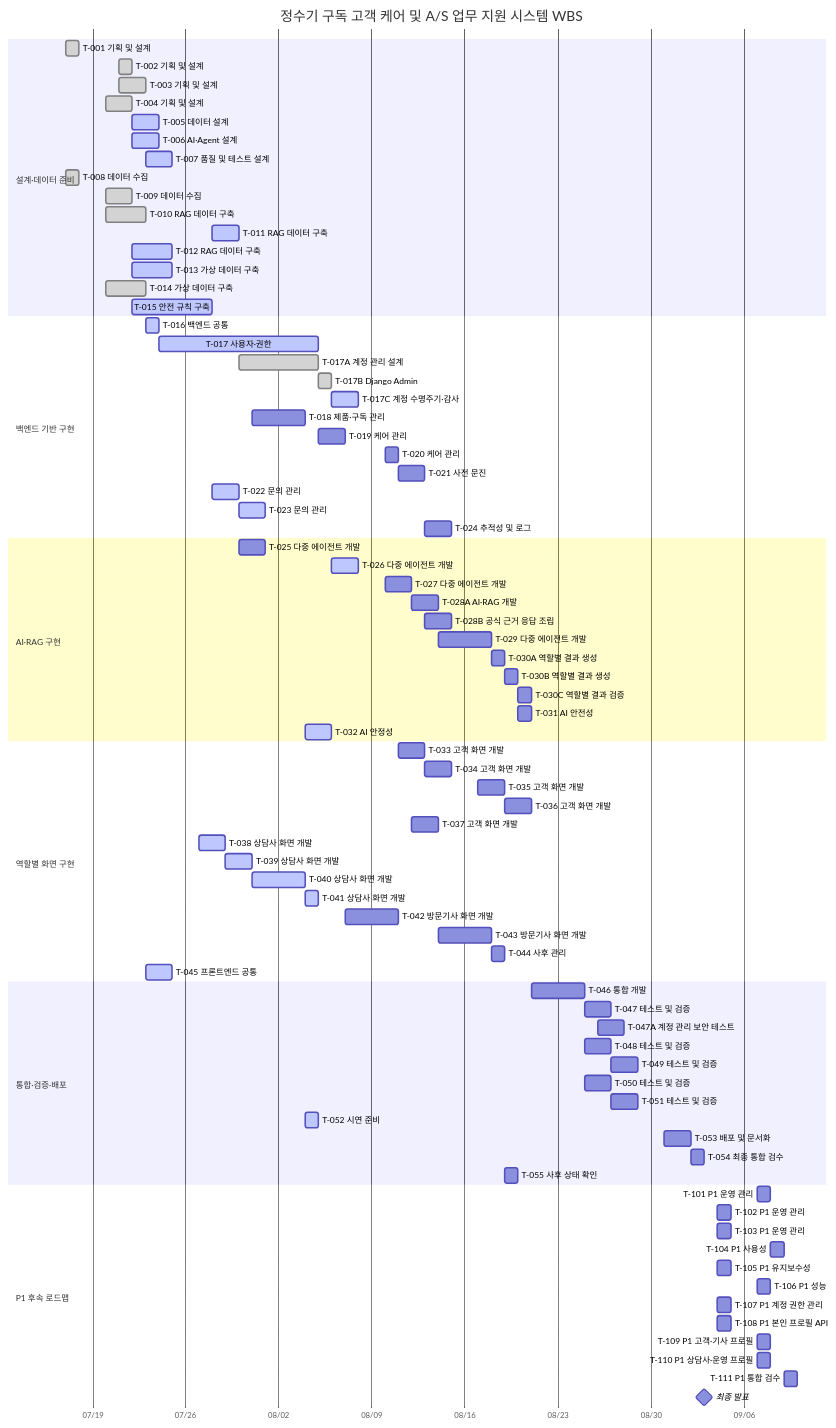
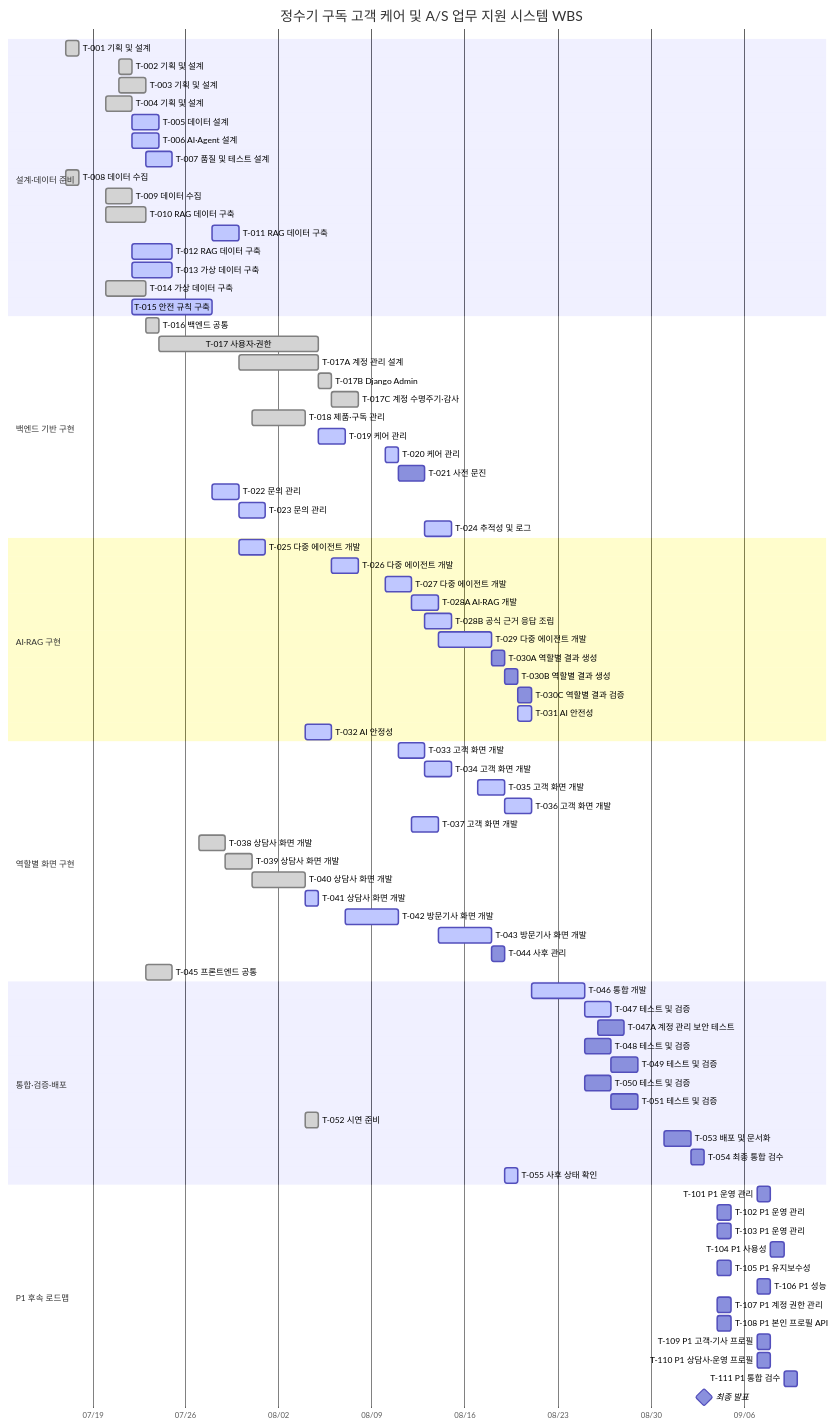
Before and after one commit to SKNETWORKS-FAMILY-AICAMP/SKN29-FINAL-4TEAM: the diagram in docs/planning/md/WBS.md, drawn with Mermaid. The commit also changed other lines of this file and 8 other files, not shown here.

```diff
--- a/docs/planning/md/WBS.md
+++ b/docs/planning/md/WBS.md
@@ -266,56 +282,56 @@
     T-014 가상 데이터 구축 :done, T014, 2026-07-20, 3d
     T-015 안전 규칙 구축 :active, T015, 2026-07-22, 6d
     section 백엔드 기반 구현
-    T-016 백엔드 공통 :active, T016, 2026-07-23, 1d
-    T-017 사용자·권한 :active, T017, 2026-07-24, 12d
+    T-016 백엔드 공통 :done, T016, 2026-07-23, 1d
+    T-017 사용자·권한 :done, T017, 2026-07-24, 12d
     T-017A 계정 관리 설계 :done, T017A, 2026-07-30, 6d
     T-017B Django Admin :done, T017B, 2026-08-05, 1d
-    T-017C 계정 수명주기·감사 :active, T017C, 2026-08-06, 2d
-    T-018 제품·구독 관리 :T018, 2026-07-31, 4d
-    T-019 케어 관리 :T019, 2026-08-05, 2d
-    T-020 케어 관리 :T020, 2026-08-10, 1d
+    T-017C 계정 수명주기·감사 :done, T017C, 2026-08-06, 2d
+    T-018 제품·구독 관리 :done, T018, 2026-07-31, 4d
+    T-019 케어 관리 :active, T019, 2026-08-05, 2d
+    T-020 케어 관리 :active, T020, 2026-08-10, 1d
     T-021 사전 문진 :T021, 2026-08-11, 2d
     T-022 문의 관리 :active, T022, 2026-07-28, 2d
     T-023 문의 관리 :active, T023, 2026-07-30, 2d
-    T-024 추적성 및 로그 :T024, 2026-08-13, 2d
+    T-024 추적성 및 로그 :active, T024, 2026-08-13, 2d
     section AI·RAG 구현
-    T-025 다중 에이전트 개발 :T025, 2026-07-30, 2d
+    T-025 다중 에이전트 개발 :active, T025, 2026-07-30, 2d
     T-026 다중 에이전트 개발 :active, T026, 2026-08-06, 2d
-    T-027 다중 에이전트 개발 :T027, 2026-08-10, 2d
-    T-028A AI·RAG 개발 :T028A, 2026-08-12, 2d
-    T-028B 공식 근거 응답 조립 :T028B, 2026-08-13, 2d
-    T-029 다중 에이전트 개발 :T029, 2026-08-14, 4d
+    T-027 다중 에이전트 개발 :active, T027, 2026-08-10, 2d
+    T-028A AI·RAG 개발 :active, T028A, 2026-08-12, 2d
+    T-028B 공식 근거 응답 조립 :active, T028B, 2026-08-13, 2d
+    T-029 다중 에이전트 개발 :active, T029, 2026-08-14, 4d
     T-030A 역할별 결과 생성 :T030A, 2026-08-18, 1d
     T-030B 역할별 결과 생성 :T030B, 2026-08-19, 1d
     T-030C 역할별 결과 검증 :T030C, 2026-08-20, 1d
-    T-031 AI 안전성 :T031, 2026-08-20, 1d
+    T-031 AI 안전성 :active, T031, 2026-08-20, 1d
     T-032 AI 안정성 :active, T032, 2026-08-04, 2d
     section 역할별 화면 구현
-    T-033 고객 화면 개발 :T033, 2026-08-11, 2d
-    T-034 고객 화면 개발 :T034, 2026-08-13, 2d
-    T-035 고객 화면 개발 :T035, 2026-08-17, 2d
-    T-036 고객 화면 개발 :T036, 2026-08-19, 2d
-    T-037 고객 화면 개발 :T037, 2026-08-12, 2d
-    T-038 상담사 화면 개발 :active, T038, 2026-07-27, 2d
-    T-039 상담사 화면 개발 :active, T039, 2026-07-29, 2d
-    T-040 상담사 화면 개발 :active, T040, 2026-07-31, 4d
+    T-033 고객 화면 개발 :active, T033, 2026-08-11, 2d
+    T-034 고객 화면 개발 :active, T034, 2026-08-13, 2d
+    T-035 고객 화면 개발 :active, T035, 2026-08-17, 2d
+    T-036 고객 화면 개발 :active, T036, 2026-08-19, 2d
+    T-037 고객 화면 개발 :active, T037, 2026-08-12, 2d
+    T-038 상담사 화면 개발 :done, T038, 2026-07-27, 2d
+    T-039 상담사 화면 개발 :done, T039, 2026-07-29, 2d
+    T-040 상담사 화면 개발 :done, T040, 2026-07-31, 4d
     T-041 상담사 화면 개발 :active, T041, 2026-08-04, 1d
-    T-042 방문기사 화면 개발 :T042, 2026-08-07, 4d
-    T-043 방문기사 화면 개발 :T043, 2026-08-14, 4d
+    T-042 방문기사 화면 개발 :active, T042, 2026-08-07, 4d
+    T-043 방문기사 화면 개발 :active, T043, 2026-08-14, 4d
     T-044 사후 관리 :T044, 2026-08-18, 1d
-    T-045 프론트엔드 공통 :active, T045, 2026-07-23, 2d
+    T-045 프론트엔드 공통 :done, T045, 2026-07-23, 2d
     section 통합·검증·배포
-    T-046 통합 개발 :T046, 2026-08-21, 4d
-    T-047 테스트 및 검증 :T047, 2026-08-25, 2d
+    T-046 통합 개발 :active, T046, 2026-08-21, 4d
+    T-047 테스트 및 검증 :active, T047, 2026-08-25, 2d
     T-047A 계정 관리 보안 테스트 :T047A, 2026-08-26, 2d
     T-048 테스트 및 검증 :T048, 2026-08-25, 2d
     T-049 테스트 및 검증 :T049, 2026-08-27, 2d
     T-050 테스트 및 검증 :T050, 2026-08-25, 2d
     T-051 테스트 및 검증 :T051, 2026-08-27, 2d
-    T-052 시연 준비 :active, T052, 2026-08-04, 1d
+    T-052 시연 준비 :done, T052, 2026-08-04, 1d
     T-053 배포 및 문서화 :T053, 2026-08-31, 2d
     T-054 최종 통합 검수 :T054, 2026-09-02, 1d
-    T-055 사후 상태 확인 :T055, 2026-08-19, 1d
+    T-055 사후 상태 확인 :active, T055, 2026-08-19, 1d
     section P1 후속 로드맵
     T-101 P1 운영 관리 :T101, 2026-09-07, 1d
     T-102 P1 운영 관리 :T102, 2026-09-04, 1d
```
